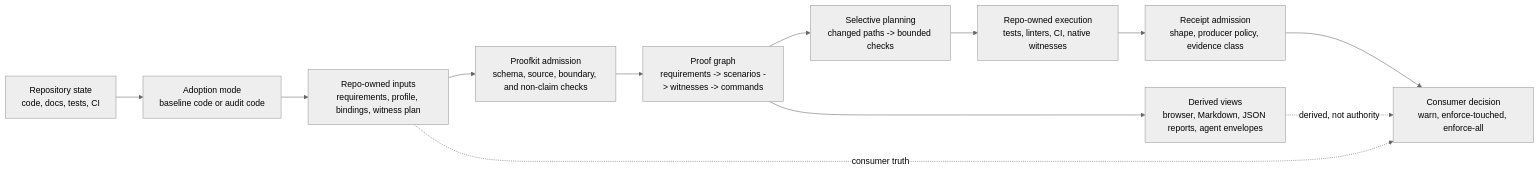
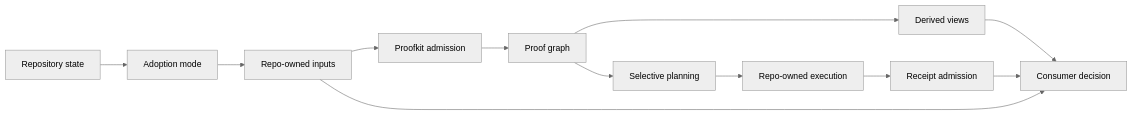
Before and after one commit to research-engineering/agentic-proofkit: the diagram in README.md, drawn with Mermaid (neutral theme). The commit also changed other lines of this file, not shown here.

Commit message:
docs: simplify README Mermaid diagram

````diff
--- a/README.md
+++ b/README.md
@@ -53,15 +53,14 @@
 ```mermaid
 flowchart LR
-    A["Repository state<br/>code, docs, tests, CI"] --> B["Adoption mode<br/>baseline code or audit code"]
-    B --> C["Repo-owned inputs<br/>requirements, profile, bindings, witness plan"]
-    C --> D["Proofkit admission<br/>schema, source, boundary, and non-claim checks"]
-    D --> E["Proof graph<br/>requirements -> scenarios -> witnesses -> commands"]
-    E --> F["Derived views<br/>browser, Markdown, JSON reports, agent envelopes"]
-    E --> G["Selective planning<br/>changed paths -> bounded checks"]
-    G --> H["Repo-owned execution<br/>tests, linters, CI, native witnesses"]
-    H --> I["Receipt admission<br/>shape, producer policy, evidence class"]
-    I --> J["Consumer decision<br/>warn, enforce-touched, enforce-all"]
-
-    F -. "derived, not authority" .-> J
-    C -. "consumer truth" .-> J
+    A[Repository state] --> B[Adoption mode]
+    B --> C[Repo-owned inputs]
+    C --> D[Proofkit admission]
+    D --> E[Proof graph]
+    E --> F[Derived views]
+    E --> G[Selective planning]
+    G --> H[Repo-owned execution]
+    H --> I[Receipt admission]
+    I --> J[Consumer decision]
+    C --> J
+    F --> J
 ```
````
